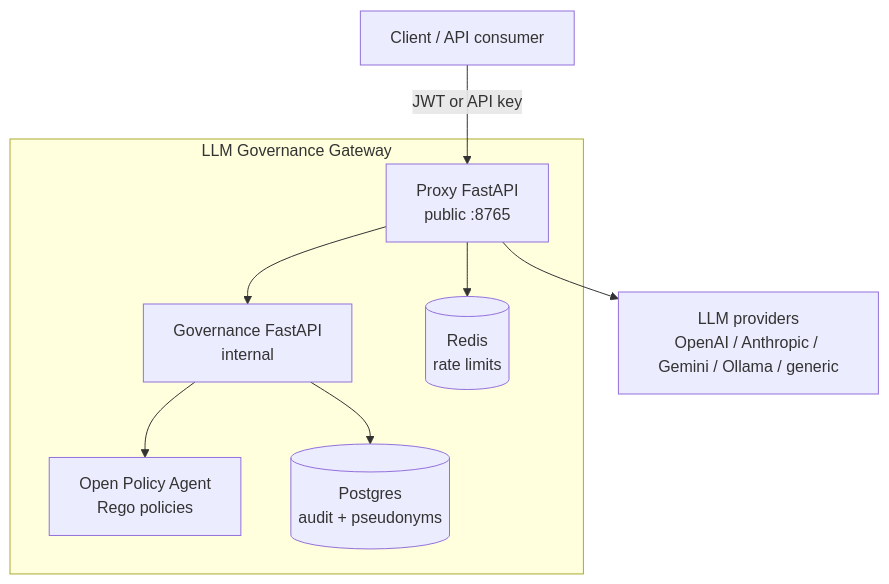
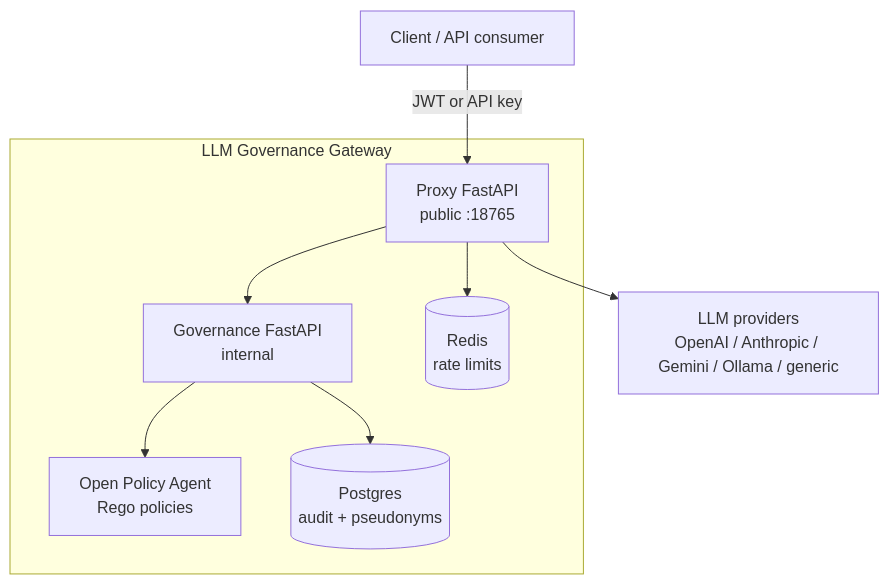
One commit to citadelgrad/llm-governance-gateway changed the diagram in README.md. Above: the diagram before and after it, drawn with Mermaid. The commit also changed other lines of this file and 7 other files, not shown here.

````diff
--- a/README.md
+++ b/README.md
@@ -37,21 +37,21 @@
 ```mermaid
 flowchart TB
     client[Client / API consumer]
 
     subgraph gateway[LLM Governance Gateway]
-        proxy[Proxy FastAPI\npublic :8765]
+        proxy[Proxy FastAPI\npublic :18765]
         governance[Governance FastAPI\ninternal]
         opa[Open Policy Agent\nRego policies]
         postgres[(Postgres\naudit + pseudonyms)]
         redis[(Redis\nrate limits)]
     end
 
     providers[LLM providers\nOpenAI / Anthropic / Gemini / Ollama / generic]
 
     client -->|JWT or API key| proxy
     proxy --> redis
     proxy --> governance
     governance --> opa
     governance --> postgres
     proxy --> providers
 ```
````
